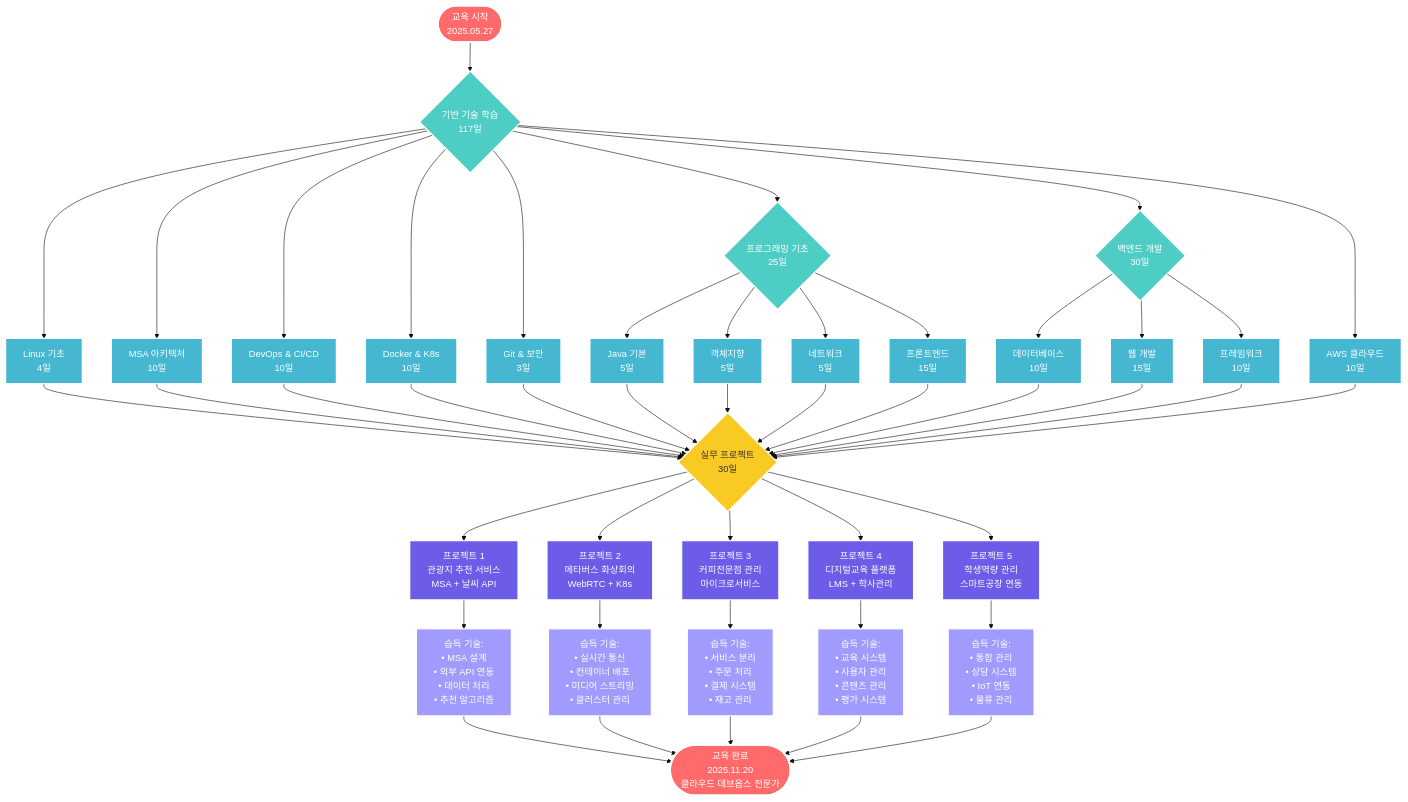
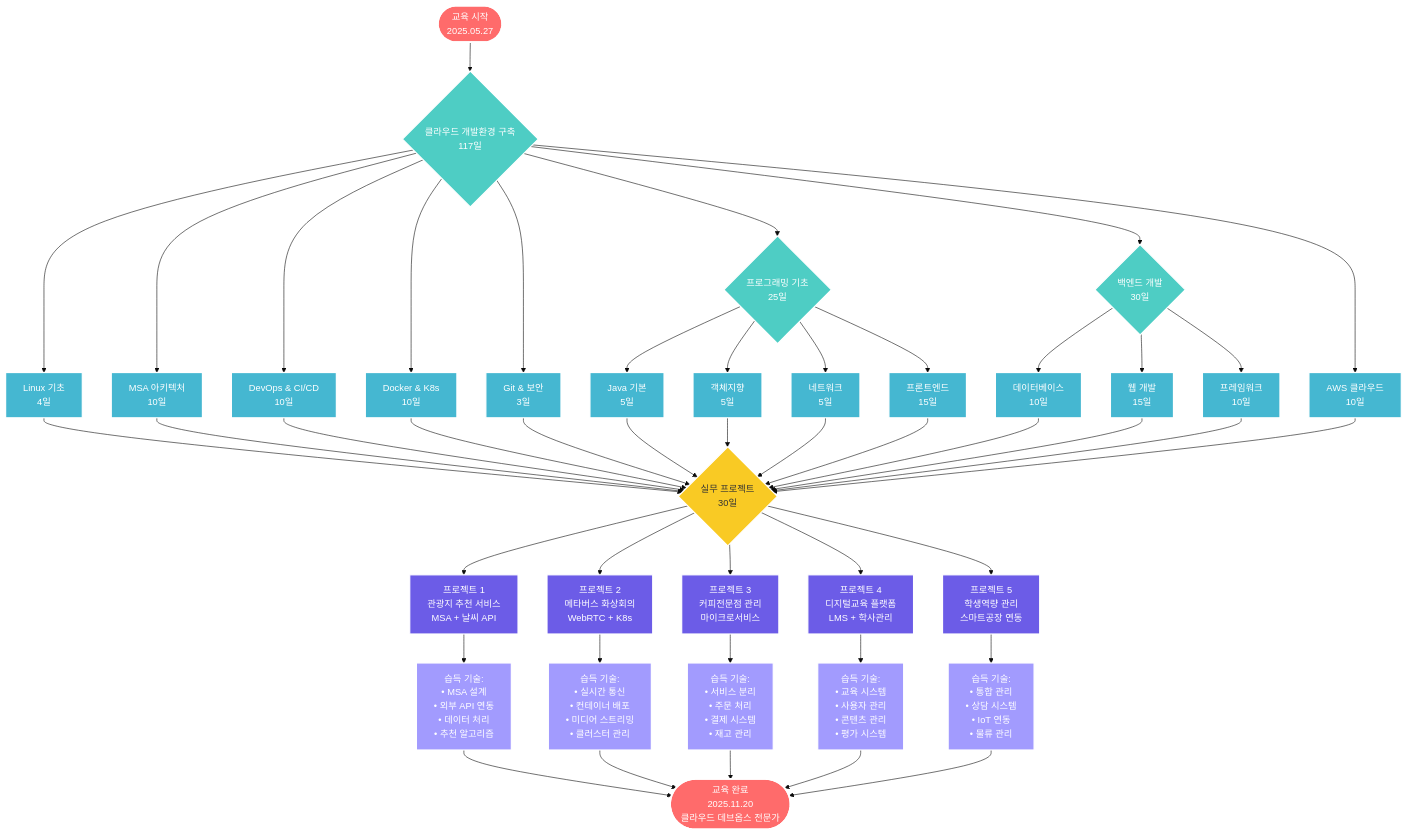
One commit to seedevk8s/-Codex-Cloud-DevOps-Java-Full-Stack-Developer-Job-Camp changed the diagram in curriculum_project_focus.mermaid. Above: the diagram before and after it, drawn with Mermaid (base theme).

```diff
--- a/curriculum_project_focus.mermaid
+++ b/curriculum_project_focus.mermaid
@@ -1,67 +1,67 @@
 graph TB
-    Start([교육 시작<br/>2025.05.27]) --> Foundation{기반 기술 학습<br/>117일}
+    Start([교육 시작<br/>2025.05.27]) --> Foundation{클라우드 개발환경 구축<br/>117일}
     
     Foundation --> Linux[Linux 기초<br/>4일]
     Foundation --> MSA[MSA 아키텍처<br/>10일]
     Foundation --> DevOps[DevOps & CI/CD<br/>10일]
     Foundation --> Container[Docker & K8s<br/>10일]
     Foundation --> Security[Git & 보안<br/>3일]
     
     Foundation --> Programming{프로그래밍 기초<br/>25일}
     Programming --> Java[Java 기본<br/>5일]
     Programming --> OOP[객체지향<br/>5일]
     Programming --> Network[네트워크<br/>5일]
     Programming --> Frontend[프론트엔드<br/>15일]
     
     Foundation --> Backend{백엔드 개발<br/>30일}
     Backend --> Database[데이터베이스<br/>10일]
     Backend --> WebDev[웹 개발<br/>15일]
     Backend --> Framework[프레임워크<br/>10일]
     
     Foundation --> Cloud[AWS 클라우드<br/>10일]
     
     Linux --> Projects
     MSA --> Projects
     DevOps --> Projects
     Container --> Projects
     Security --> Projects
     Java --> Projects
     OOP --> Projects
     Network --> Projects
     Frontend --> Projects
     Database --> Projects
     WebDev --> Projects
     Framework --> Projects
     Cloud --> Projects
     
     Projects{실무 프로젝트<br/>30일} --> Project1[프로젝트 1<br/>관광지 추천 서비스<br/>MSA + 날씨 API]
     Projects --> Project2[프로젝트 2<br/>메타버스 화상회의<br/>WebRTC + K8s]
     Projects --> Project3[프로젝트 3<br/>커피전문점 관리<br/>마이크로서비스]
     Projects --> Project4[프로젝트 4<br/>디지털교육 플랫폼<br/>LMS + 학사관리]
     Projects --> Project5[프로젝트 5<br/>학생역량 관리<br/>스마트공장 연동]
     
     Project1 --> Skills1[습득 기술:<br/>• MSA 설계<br/>• 외부 API 연동<br/>• 데이터 처리<br/>• 추천 알고리즘]
     Project2 --> Skills2[습득 기술:<br/>• 실시간 통신<br/>• 컨테이너 배포<br/>• 미디어 스트리밍<br/>• 클러스터 관리]
     Project3 --> Skills3[습득 기술:<br/>• 서비스 분리<br/>• 주문 처리<br/>• 결제 시스템<br/>• 재고 관리]
     Project4 --> Skills4[습득 기술:<br/>• 교육 시스템<br/>• 사용자 관리<br/>• 콘텐츠 관리<br/>• 평가 시스템]
     Project5 --> Skills5[습득 기술:<br/>• 통합 관리<br/>• 상담 시스템<br/>• IoT 연동<br/>• 물류 관리]
     
     Skills1 --> Complete([교육 완료<br/>2025.11.20<br/>클라우드 데브옵스 전문가])
     Skills2 --> Complete
     Skills3 --> Complete
     Skills4 --> Complete
     Skills5 --> Complete
     
     classDef startEnd fill:#ff6b6b,color:#fff,stroke:#fff,stroke-width:3px
     classDef foundation fill:#4ecdc4,color:#fff,stroke:#fff,stroke-width:2px
     classDef skills fill:#45b7d1,color:#fff,stroke:#fff,stroke-width:2px
     classDef projects fill:#f9ca24,color:#333,stroke:#fff,stroke-width:2px
     classDef projectDetail fill:#6c5ce7,color:#fff,stroke:#fff,stroke-width:2px
     classDef skillDetail fill:#a29bfe,color:#fff,stroke:#fff,stroke-width:2px
     
     class Start,Complete startEnd
     class Foundation,Programming,Backend foundation
     class Linux,MSA,DevOps,Container,Security,Java,OOP,Network,Frontend,Database,WebDev,Framework,Cloud skills
     class Projects projects
     class Project1,Project2,Project3,Project4,Project5 projectDetail
     class Skills1,Skills2,Skills3,Skills4,Skills5 skillDetail
```
